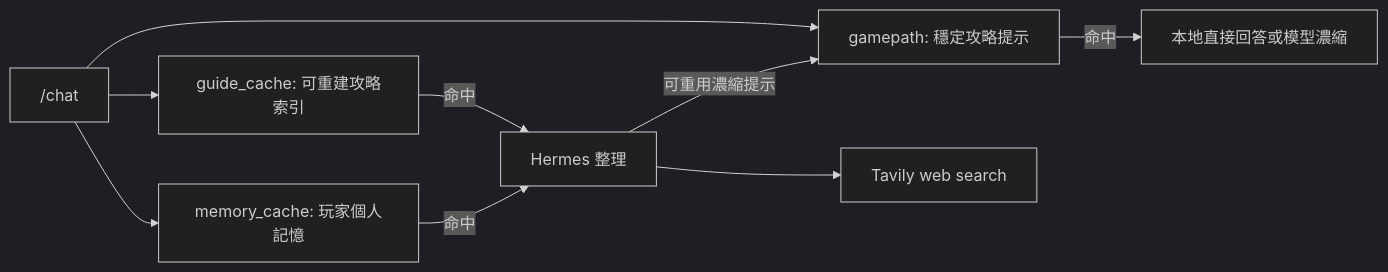
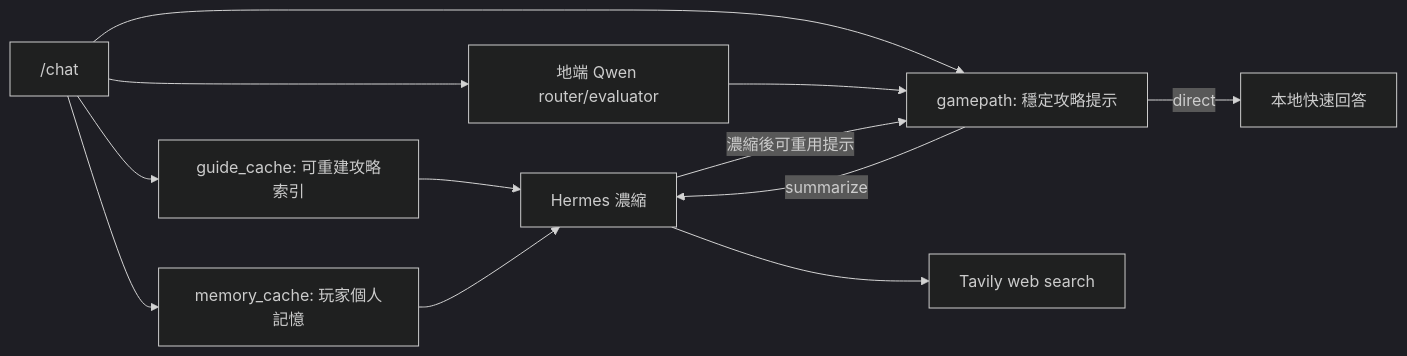
One commit to JaMoose-hub/iGPU changed the third of 6 diagrams in docs/gamepath_architecture.md. Above: the diagram before and after it, drawn with Mermaid (dark theme). The commit also changed other lines of this file and 52 other files, not shown here.

Commit message:
Add GamePath hybrid RAG workflow

````diff
--- a/docs/gamepath_architecture.md
+++ b/docs/gamepath_architecture.md
@@ -210,11 +401,14 @@
 ```mermaid
 flowchart LR
     Chat["/chat"] --> Memory["memory_cache: 玩家個人記憶"]
     Chat --> GamePath["gamepath: 穩定攻略提示"]
     Chat --> GuideCache["guide_cache: 可重建攻略索引"]
-    GamePath -->|"命中"| LocalOrModel["本地直接回答或模型濃縮"]
-    GuideCache -->|"命中"| Hermes["Hermes 整理"]
-    Memory -->|"命中"| Hermes
+    Chat --> Qwen["地端 Qwen router/evaluator"]
+    Qwen --> GamePath
+    GamePath -->|"direct"| LocalAnswer["本地快速回答"]
+    GamePath -->|"summarize"| Hermes["Hermes 濃縮"]
+    GuideCache --> Hermes
+    Memory --> Hermes
     Hermes --> Tavily["Tavily web search"]
-    Hermes -->|"可重用濃縮提示"| GamePath
+    Hermes -->|"濃縮後可重用提示"| GamePath
 ```
````
